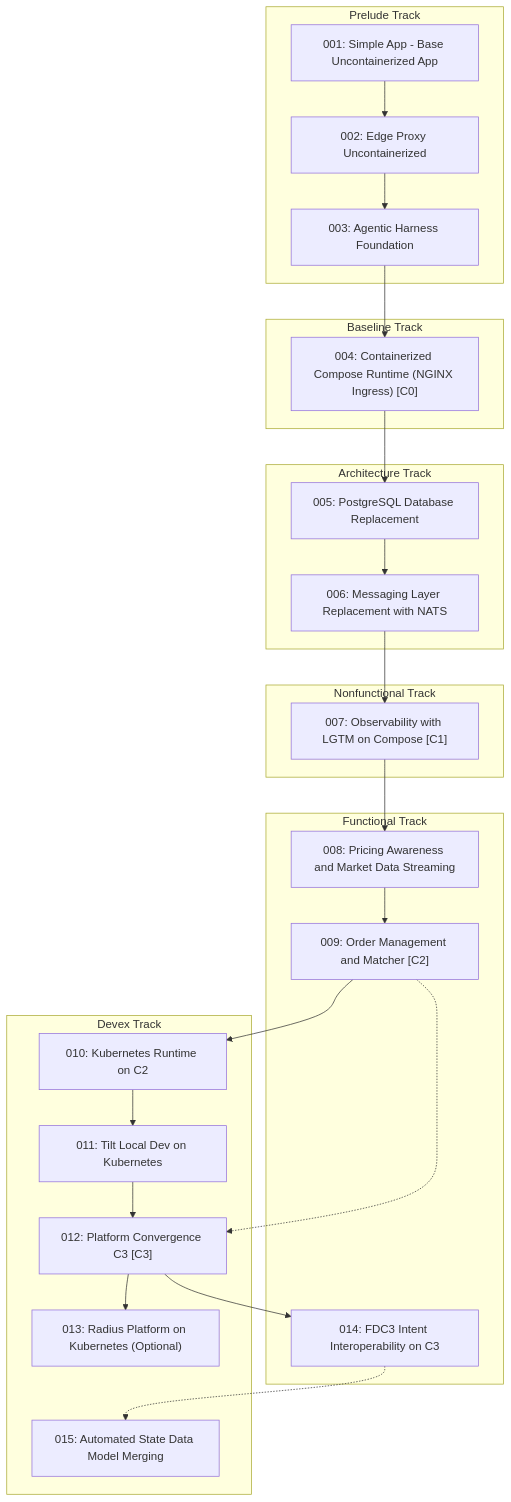
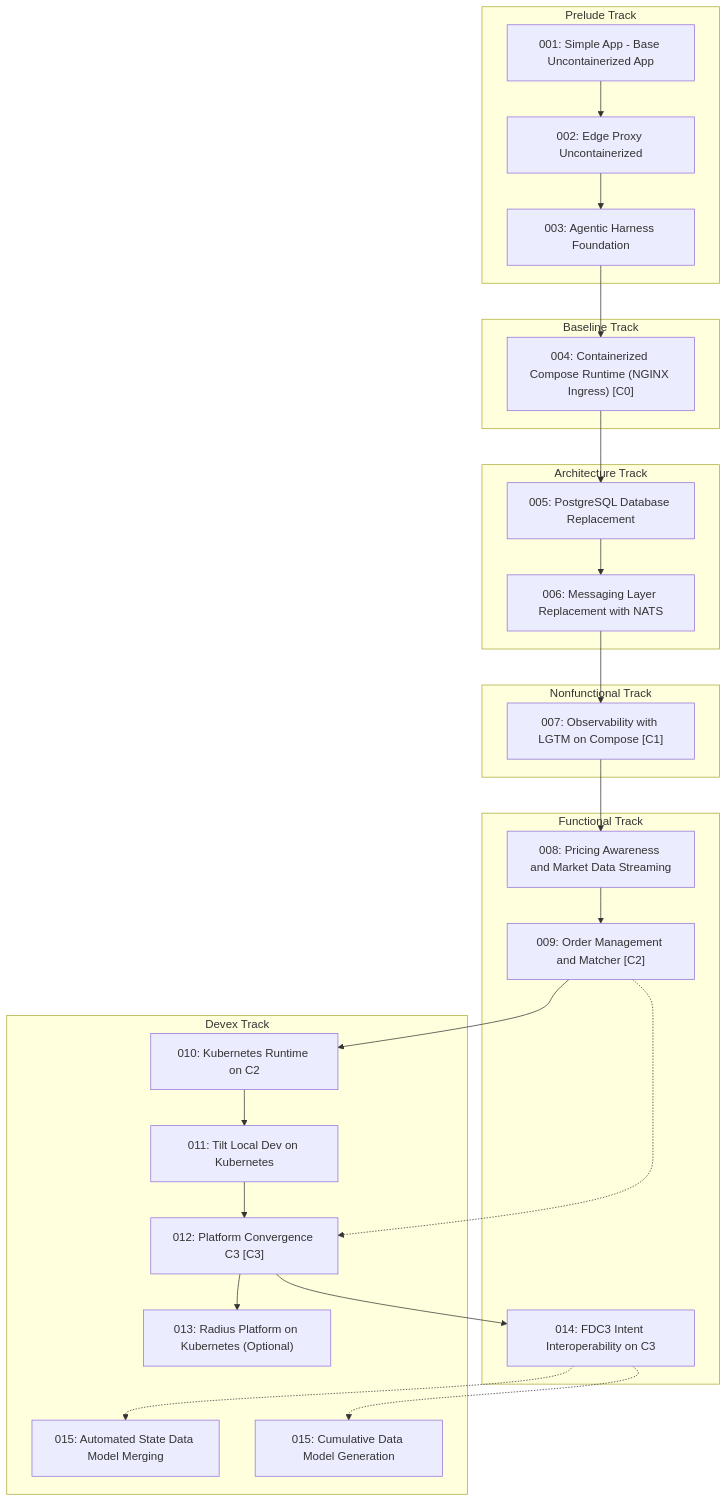
Before and after one commit to DbarYU/traderX: the third of 3 diagrams in docs/learning-paths/index.md, drawn with Mermaid. The commit also changed other lines of this file and 45 other files, not shown here.

````diff
--- a/docs/learning-paths/index.md
+++ b/docs/learning-paths/index.md
@@ -112,46 +116,48 @@
 ```mermaid
 flowchart TB
   subgraph PRELUDE["Prelude Track"]
     S001_baseline_uncontainerized_parity["001: Simple App - Base Uncontainerized App"]
     S002_edge_proxy_uncontainerized["002: Edge Proxy Uncontainerized"]
     S003_agentic_harness_foundation["003: Agentic Harness Foundation"]
   end
   subgraph BASELINE["Baseline Track"]
     S004_containerized_compose_runtime["004: Containerized Compose Runtime (NGINX Ingress) [C0]"]
   end
   subgraph ARCHITECTURE["Architecture Track"]
     S005_postgres_database_replacement["005: PostgreSQL Database Replacement"]
     S006_messaging_nats_replacement["006: Messaging Layer Replacement with NATS"]
   end
   subgraph NONFUNCTIONAL["Nonfunctional Track"]
     S007_observability_lgtm_compose["007: Observability with LGTM on Compose [C1]"]
   end
   subgraph FUNCTIONAL["Functional Track"]
     S008_pricing_awareness_market_data["008: Pricing Awareness and Market Data Streaming"]
     S009_order_management_matcher["009: Order Management and Matcher [C2]"]
     S014_fdc3_intent_interoperability["014: FDC3 Intent Interoperability on C3"]
   end
   subgraph DEVEX["Devex Track"]
     S010_kubernetes_runtime["010: Kubernetes Runtime on C2"]
     S011_tilt_kubernetes_dev_loop["011: Tilt Local Dev on Kubernetes"]
     S012_platform_convergence_c3["012: Platform Convergence C3 [C3]"]
     S013_radius_kubernetes_platform["013: Radius Platform on Kubernetes (Optional)"]
     S015_state_data_model_merging["015: Automated State Data Model Merging"]
+    S015_cumulative_data_model_generation["015: Cumulative Data Model Generation"]
   end
   S001_baseline_uncontainerized_parity --> S002_edge_proxy_uncontainerized
   S002_edge_proxy_uncontainerized --> S003_agentic_harness_foundation
   S003_agentic_harness_foundation --> S004_containerized_compose_runtime
   S004_containerized_compose_runtime --> S005_postgres_database_replacement
   S005_postgres_database_replacement --> S006_messaging_nats_replacement
   S006_messaging_nats_replacement --> S007_observability_lgtm_compose
   S007_observability_lgtm_compose --> S008_pricing_awareness_market_data
   S008_pricing_awareness_market_data --> S009_order_management_matcher
   S009_order_management_matcher --> S010_kubernetes_runtime
   S010_kubernetes_runtime --> S011_tilt_kubernetes_dev_loop
   S011_tilt_kubernetes_dev_loop --> S012_platform_convergence_c3
   S012_platform_convergence_c3 --> S013_radius_kubernetes_platform
   S012_platform_convergence_c3 --> S014_fdc3_intent_interoperability
   S014_fdc3_intent_interoperability -.-> S015_state_data_model_merging
+  S014_fdc3_intent_interoperability -.-> S015_cumulative_data_model_generation
   S009_order_management_matcher -.-> S012_platform_convergence_c3
   classDef convergence fill:#d7f5dd,stroke:#2e7d32,stroke-width:2px
 ```
````
